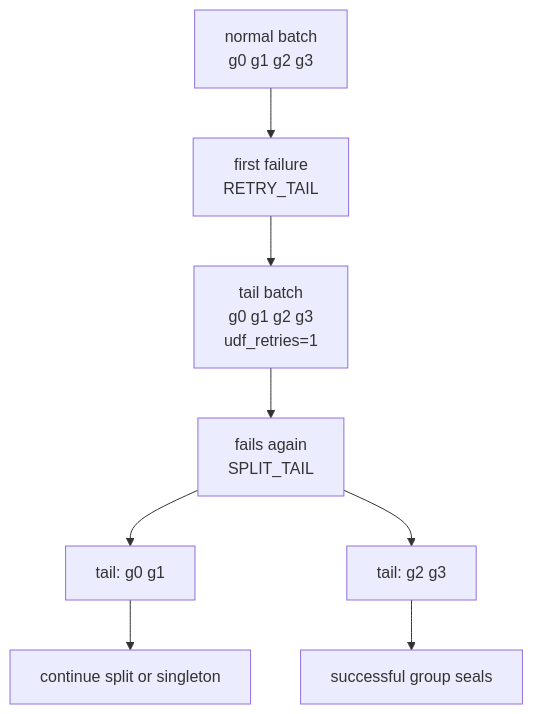
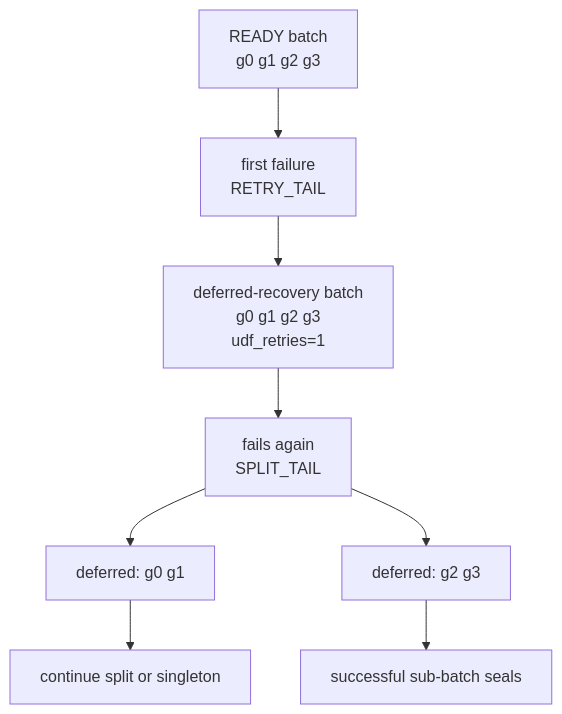
The third of 3 diagrams in docs/multigrain_v3_6_walkthrough/04_dispatch_state.md (OpenDCAI/RayOrch), drawn with Mermaid before and after one commit. The commit also changed other lines of this file and 31 other files, not shown here.

Commit message:
docs(v3.6): publish bilingual architecture guides

````diff
--- a/docs/multigrain_v3_6_walkthrough/04_dispatch_state.md
+++ b/docs/multigrain_v3_6_walkthrough/04_dispatch_state.md
@@ -266,15 +285,15 @@
 ```mermaid
 flowchart TD
-    B0["normal batch<br/>g0 g1 g2 g3"]
+    B0["READY batch<br/>g0 g1 g2 g3"]
     Retry["first failure<br/>RETRY_TAIL"]
-    B1["tail batch<br/>g0 g1 g2 g3<br/>udf_retries=1"]
+    B1["deferred-recovery batch<br/>g0 g1 g2 g3<br/>udf_retries=1"]
     Split["fails again<br/>SPLIT_TAIL"]
-    L["tail: g0 g1"]
-    R["tail: g2 g3"]
+    L["deferred: g0 g1"]
+    R["deferred: g2 g3"]
     L2["continue split or singleton"]
-    R2["successful group seals"]
+    R2["successful sub-batch seals"]
 
     B0 --> Retry --> B1 --> Split
     Split --> L --> L2
     Split --> R --> R2
 ```
````
